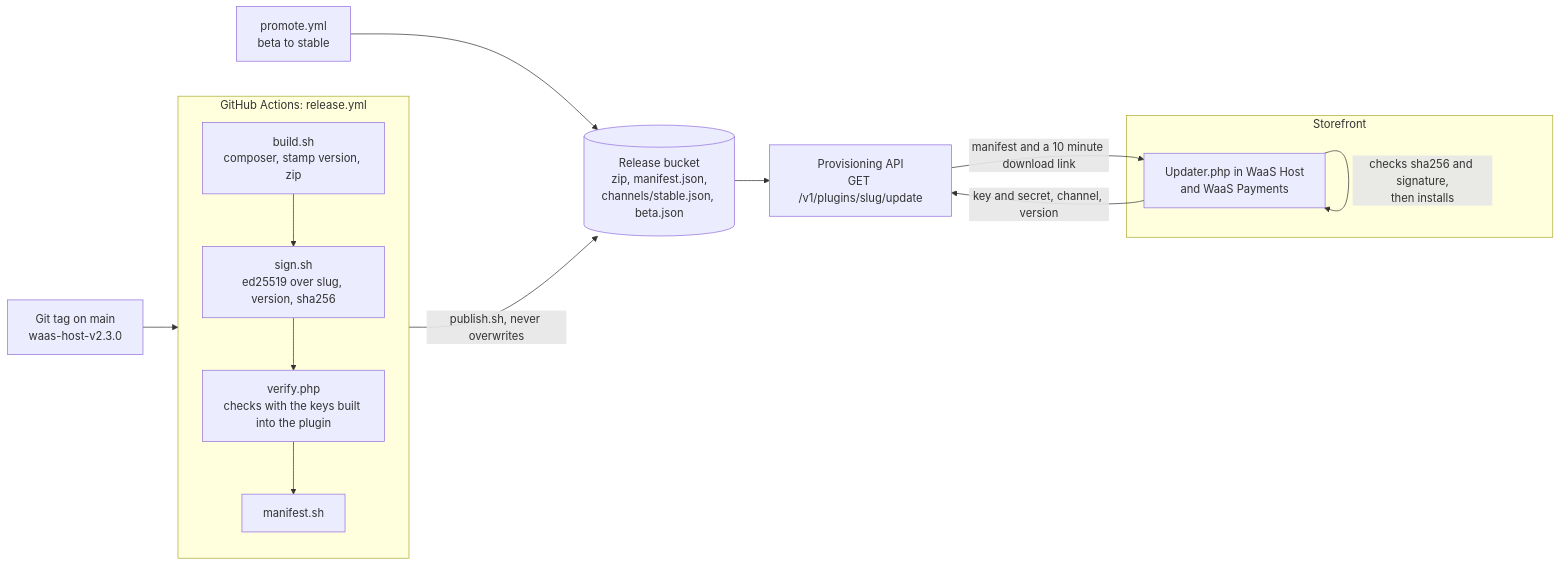
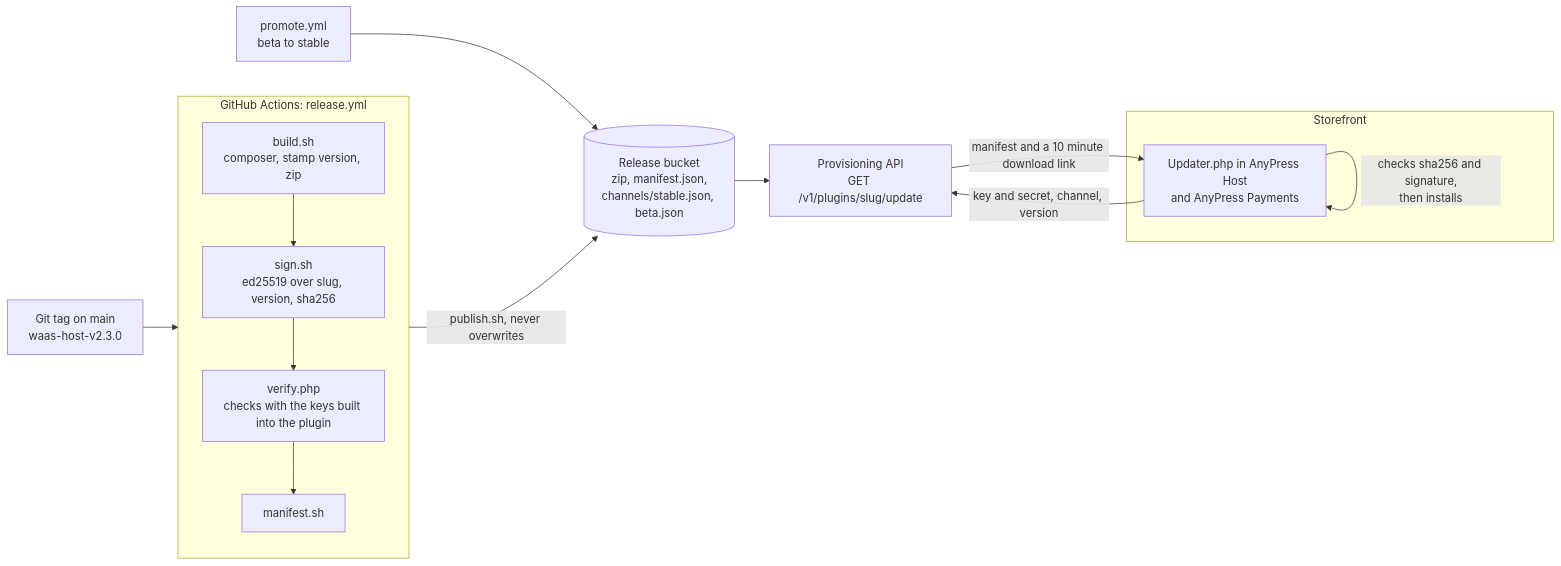
One commit to hamchowderr/waas-plugins changed the fifth of 5 diagrams in docs/architecture/README.md. Above: the diagram before and after it, drawn with Mermaid. The commit also changed other lines of this file and 74 other files, not shown here.

First line of the commit message:
AnyPress Host 2.11.0, AnyPress Client 2.13.0, AnyPress Payments 0.2.0-beta.3: AnyPress names (waas-api-x4a)

````diff
--- a/docs/architecture/README.md
+++ b/docs/architecture/README.md
@@ -189,23 +189,23 @@
 ```mermaid
 flowchart LR
   TAG["Git tag on main<br/>waas-host-v2.3.0"] --> CI
 
   subgraph CI["GitHub Actions: release.yml"]
     direction TB
     B["build.sh<br/>composer, stamp version, zip"] --> S["sign.sh<br/>ed25519 over slug, version, sha256"]
     S --> V["verify.php<br/>checks with the keys built into the plugin"]
     V --> M["manifest.sh"]
   end
 
   CI -->|"publish.sh, never overwrites"| R2[("Release bucket<br/>zip, manifest.json,<br/>channels/stable.json, beta.json")]
   PROMOTE["promote.yml<br/>beta to stable"] --> R2
   R2 --> API["Provisioning API<br/>GET /v1/plugins/slug/update"]
 
   subgraph SITE["Storefront"]
-    UP["Updater.php in WaaS Host<br/>and WaaS Payments"]
+    UP["Updater.php in AnyPress Host<br/>and AnyPress Payments"]
   end
 
   UP -->|"key and secret, channel, version"| API
   API -->|"manifest and a 10 minute download link"| UP
   UP -->|"checks sha256 and signature,<br/>then installs"| UP
 ```
````
